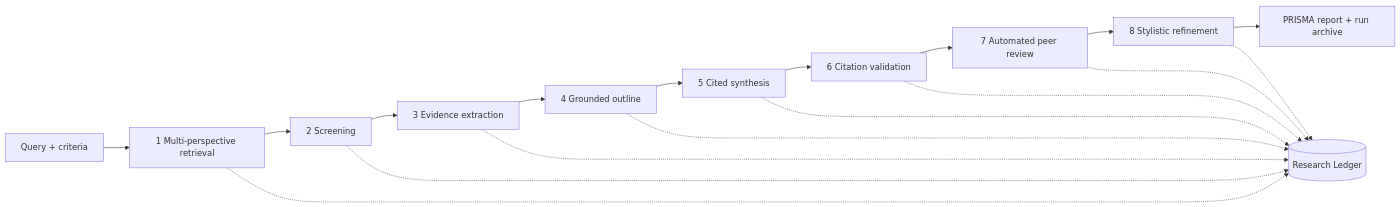
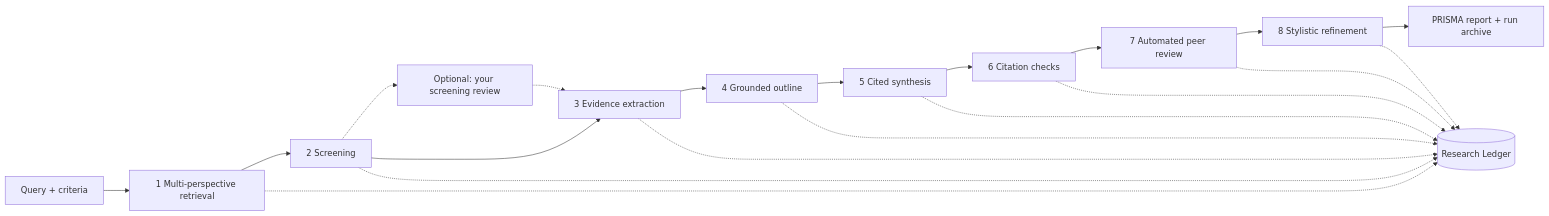
One commit to lauPhilip/au-btech-literature-review-agent changed the diagram in README.md. Above: the diagram before and after it, drawn with Mermaid. The commit also changed other lines of this file and 1 other file, not shown here.

First line of the commit message:
docs: multi-user behaviour, Simply settings, citation check and evaluation

````diff
--- a/README.md
+++ b/README.md
@@ -24,13 +24,15 @@
 ```mermaid
 flowchart LR
     Q[Query + criteria] --> S1[1 Multi-perspective retrieval]
     S1 --> S2[2 Screening]
+    S2 -.-> H[Optional: your screening review]
+    H -.-> S3
     S2 --> S3[3 Evidence extraction]
     S3 --> S4[4 Grounded outline]
     S4 --> S5[5 Cited synthesis]
-    S5 --> S6[6 Citation validation]
+    S5 --> S6[6 Citation checks]
     S6 --> S7[7 Automated peer review]
     S7 --> S8[8 Stylistic refinement]
     S8 --> OUT[PRISMA report + run archive]
     S1 & S2 & S3 & S4 & S5 & S6 & S7 & S8 -.-> L[(Research Ledger)]
 ```
````
